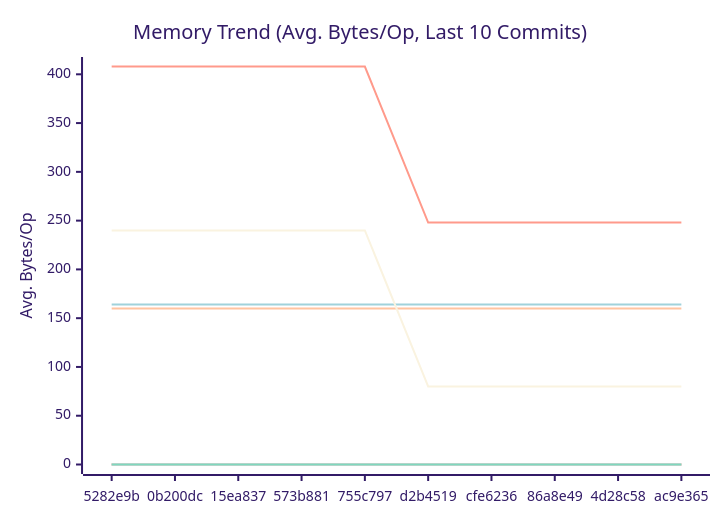
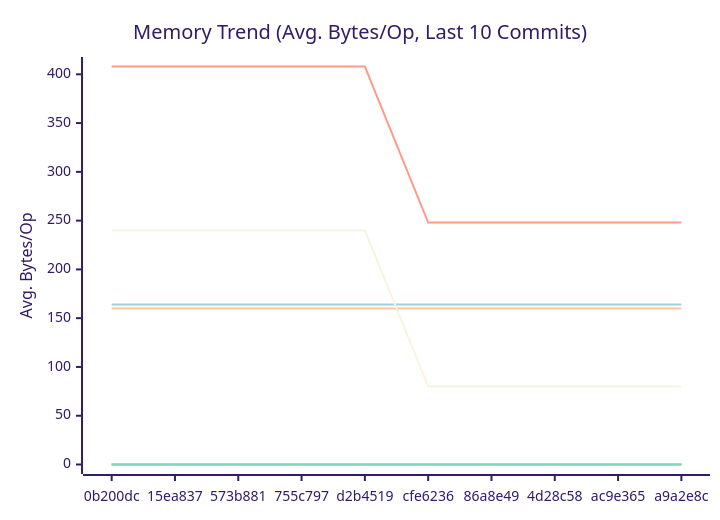
Before and after one commit to alsotoes/momo: the second of 3 diagrams in docs/PERFORMANCE.md, drawn with Mermaid (forest theme). The commit also changed other lines of this file and 2 other files, not shown here.

````diff
--- a/docs/PERFORMANCE.md
+++ b/docs/PERFORMANCE.md
@@ -97,16 +97,16 @@
 ```mermaid
 xychart-beta
     title "Memory Trend (Avg. Bytes/Op, Last 10 Commits)"
     x-axis "Commit"
     y-axis "Avg. Bytes/Op"
-    x-axis [5282e9b,0b200dc,15ea837,573b881,755c797,d2b4519,cfe6236,86a8e49,4d28c58,ac9e365]
+    x-axis [0b200dc,15ea837,573b881,755c797,d2b4519,cfe6236,86a8e49,4d28c58,ac9e365,a9a2e8c]
     line "CheckMetricsAndSwap" [0,0,0,0,0,0,0,0,0,0]
     line "CrushOptimized" [0,0,0,0,0,0,0,0,0,0]
     line "CrushOriginal" [164,164,164,164,164,164,164,164,164,164]
     line "IndexDirectTracking" [0,0,0,0,0,0,0,0,0,0]
     line "IndexSearch" [0,0,0,0,0,0,0,0,0,0]
     line "LoadGlobalConfig" [160,160,160,160,160,160,160,160,160,160]
     line "PadString" [0,0,0,0,0,0,0,0,0,0]
     line "ParseReplicationOrder_NoPrealloc" [408,408,408,408,408,248,248,248,248,248]
     line "ParseReplicationOrder_Prealloc" [240,240,240,240,240,80,80,80,80,80]
 ```
````
